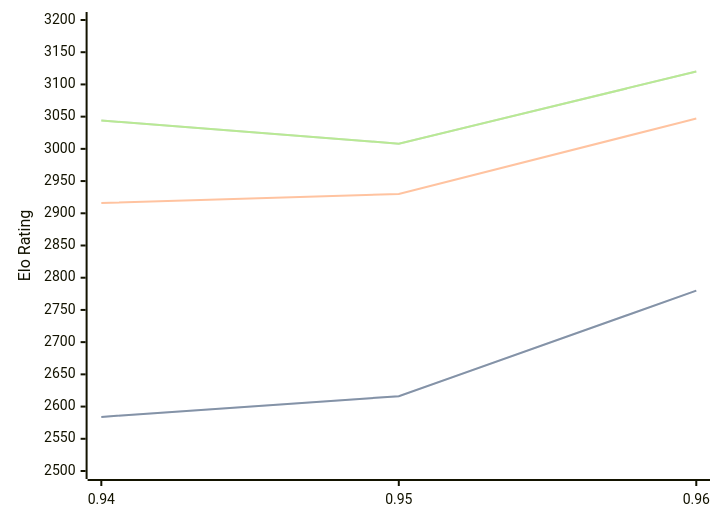
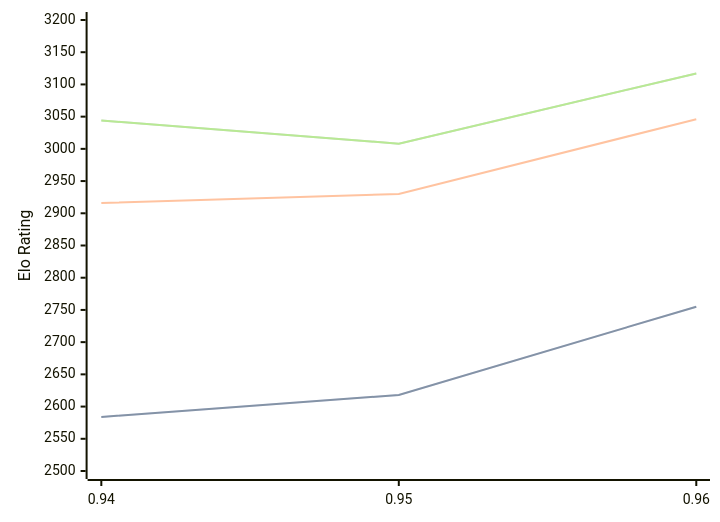
One commit to computer-chess-index/cci changed the third of 3 diagrams in engines/Myrddin.md. Above: the diagram before and after it, drawn with Mermaid. The commit also changed other lines of this file, not shown here.

Commit message:
Update CCI Ratings (ELO VLTC) - 2026-06-18

````diff
--- a/engines/Myrddin.md
+++ b/engines/Myrddin.md
@@ -71,11 +71,11 @@
 ```mermaid
 %%{init: {"theme":"base","themeVariables":{"seriesColors:['#a3a3a3','#222221','#faa371']}}}%%
 xychart-beta
   x-axis ["0.94", "0.95", "0.96"]
   y-axis "Elo Rating" 2500 --> 3200
-  line "STC (8.0+0.08s)" [2584, 2616, 2780]
-  line "STC (8.0+0.08s)" [2584, 2616, 2780]
-  line "LTC (60.0+0.60s)" [2916, 2930, 3047]
-  line "VLTC (2m24s+1.12s)" [3044, 3008, 3120]
-  line "VLTC (2m24s+1.12s)" [3044, 3008, 3120]
+  line "STC (8.0+0.08s)" [2584, 2618, 2755]
+  line "STC (8.0+0.08s)" [2584, 2618, 2755]
+  line "LTC (60.0+0.60s)" [2916, 2930, 3046]
+  line "VLTC (2m24s+1.12s)" [3044, 3008, 3117]
+  line "VLTC (2m24s+1.12s)" [3044, 3008, 3117]
 ```
````
